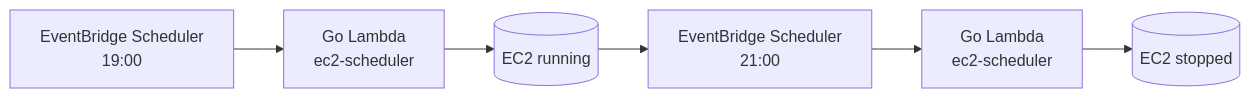
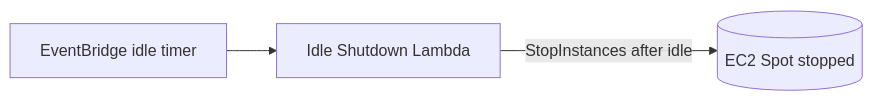
The second of 2 diagrams in docs/cost-optimization.md (teddynted/ai-github-repository-blog-generator), drawn with Mermaid before and after one commit. The commit also changed other lines of this file and 12 other files, not shown here.

First line of the commit message:
docs: pivot to self-hosted OpenClaw + Ollama + EC2 Spot architecture

````diff
--- a/docs/cost-optimization.md
+++ b/docs/cost-optimization.md
@@ -18,5 +30,5 @@
 ```mermaid
 flowchart LR
-    S1[EventBridge Scheduler<br/>19:00] --> L[Go Lambda<br/>ec2-scheduler] --> ON[(EC2 running)]
-    ON --> S2[EventBridge Scheduler<br/>21:00] --> L2[Go Lambda<br/>ec2-scheduler] --> OFF[(EC2 stopped)]
+    EB[EventBridge idle timer] --> LS[Idle Shutdown Lambda]
+    LS -->|StopInstances after idle| EC2[(EC2 Spot stopped)]
 ```
````
